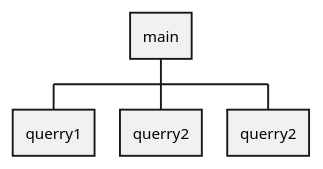
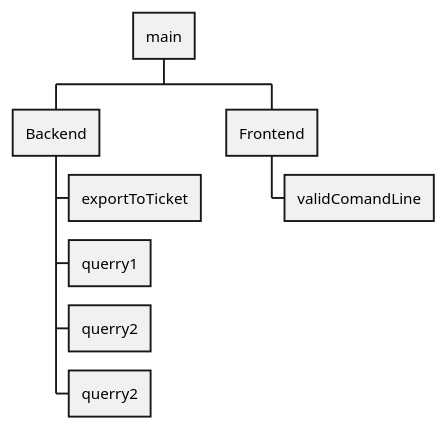
The diagram in structure_functions.puml (AugustoOspal/Proyecto_Final_PI), drawn with PlantUML before and after one commit. The commit also changed 7 other files, not shown here.

```diff
--- a/structure_functions.puml
+++ b/structure_functions.puml
@@ -1,8 +1,14 @@
 @startwbs
 
 * main
-** querry1
-** querry2
-** querry2
+
+** Backend
+*** exportToTicket
+*** querry1
+*** querry2
+*** querry2
+
+** Frontend
+*** validComandLine
 
 @endwbs
```
